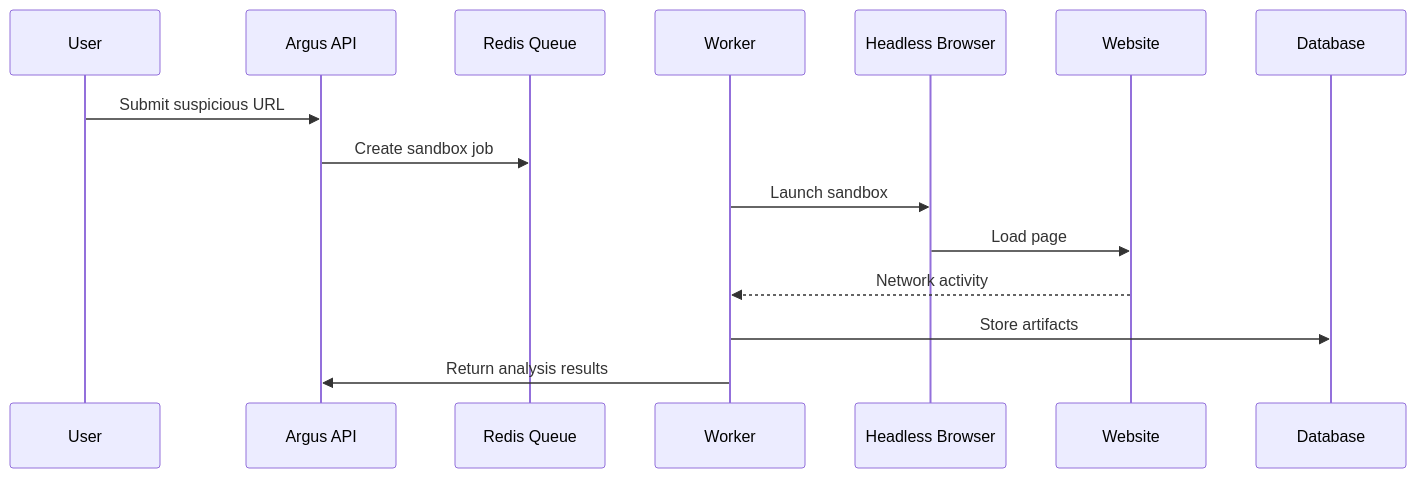
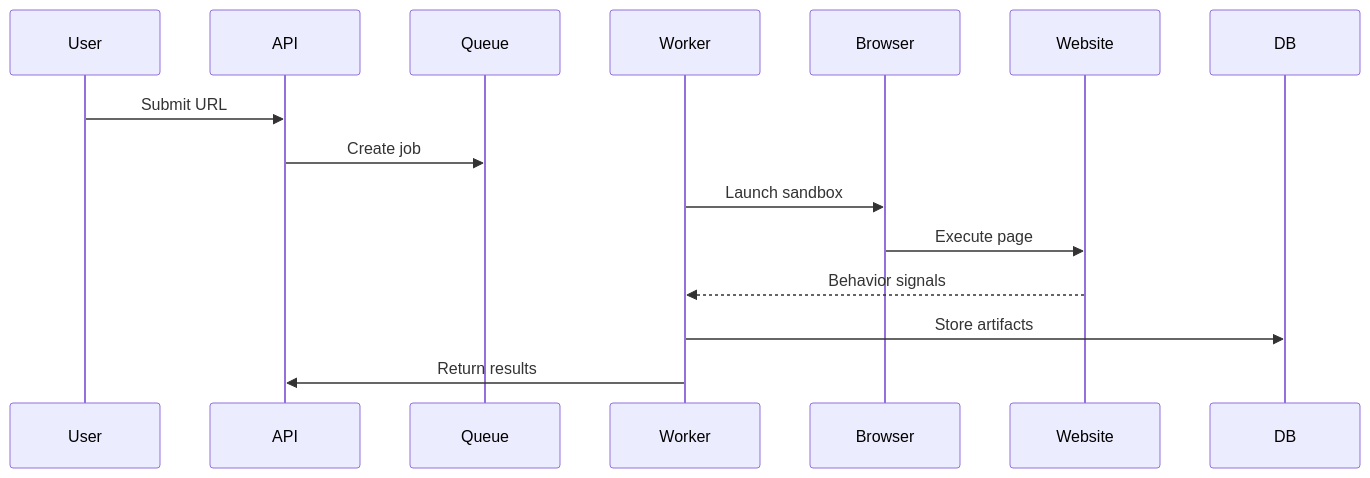
Before and after one commit to rishabh-tya6i/Argus: the second of 4 diagrams in README.md, drawn with Mermaid. The commit also changed other lines of this file, not shown here.

````diff
--- a/README.md
+++ b/README.md
@@ -128,10 +85,10 @@
 ```mermaid
 sequenceDiagram
-User->>Argus API: Submit suspicious URL
-Argus API->>Redis Queue: Create sandbox job
-Worker->>Headless Browser: Launch sandbox
-Headless Browser->>Website: Load page
-Website-->>Worker: Network activity
-Worker->>Database: Store artifacts
-Worker->>Argus API: Return analysis results
+User->>API: Submit URL
+API->>Queue: Create job
+Worker->>Browser: Launch sandbox
+Browser->>Website: Execute page
+Website-->>Worker: Behavior signals
+Worker->>DB: Store artifacts
+Worker->>API: Return results
 ```
````
